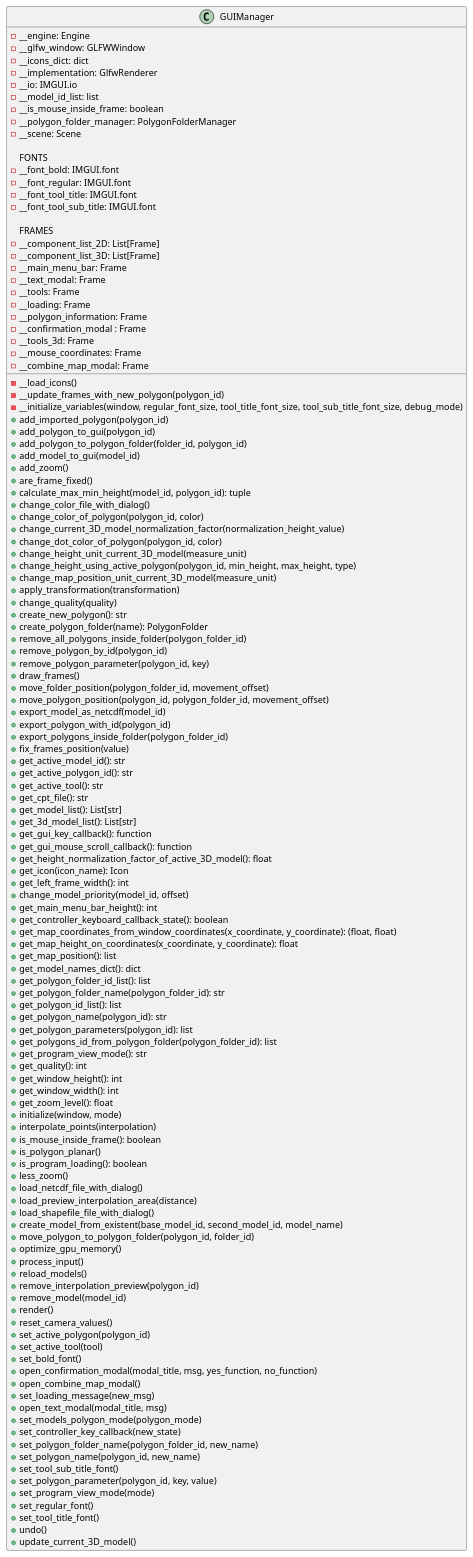
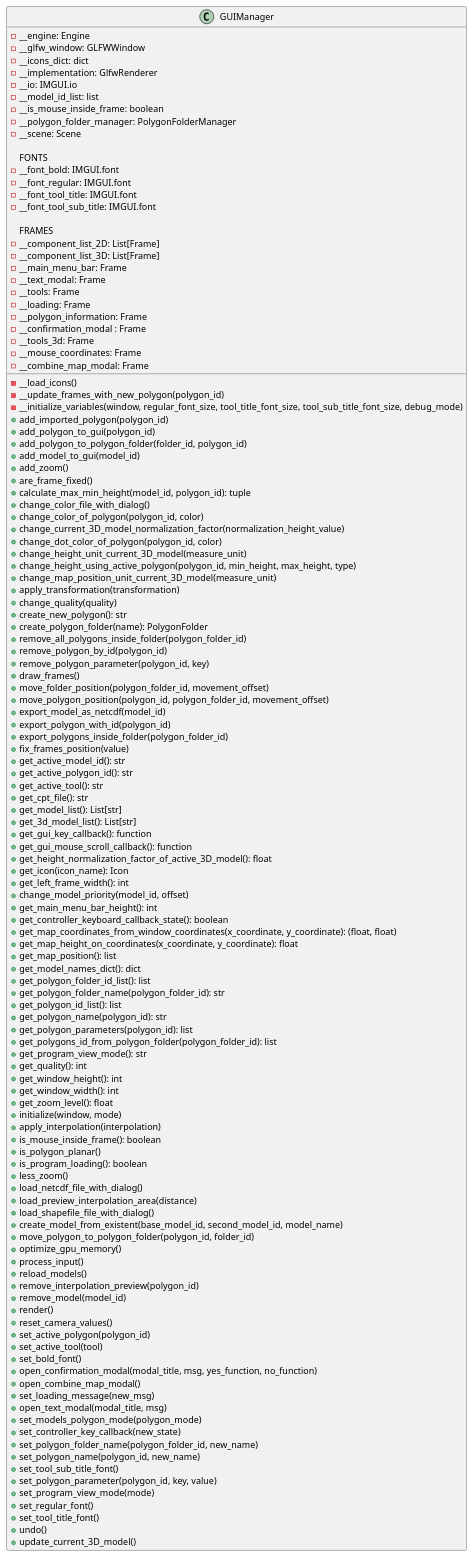
One commit to SergioAlvarezM/Proyecto_de_Memoria changed the diagram in docs/classes/GUIManager.puml. Above: the diagram before and after it, drawn with PlantUML. The commit also changed 7 other files, not shown here.

Commit message:
Refactor interpolate_points method to apply_interpolation.

```diff
--- a/docs/classes/GUIManager.puml
+++ b/docs/classes/GUIManager.puml
@@ -1,130 +1,130 @@
 @startuml
 'https://plantuml.com/class-diagram
 class GUIManager{
     - __engine: Engine
     - __glfw_window: GLFWWindow
     - __icons_dict: dict
     - __implementation: GlfwRenderer
     - __io: IMGUI.io
     - __model_id_list: list
     - __is_mouse_inside_frame: boolean
     - __polygon_folder_manager: PolygonFolderManager
     - __scene: Scene
 
     FONTS
     - __font_bold: IMGUI.font
     - __font_regular: IMGUI.font
     - __font_tool_title: IMGUI.font
     - __font_tool_sub_title: IMGUI.font
 
     FRAMES
     - __component_list_2D: List[Frame]
     - __component_list_3D: List[Frame]
     - __main_menu_bar: Frame
     - __text_modal: Frame
     - __tools: Frame
     - __loading: Frame
     - __polygon_information: Frame
     - __confirmation_modal : Frame
     - __tools_3d: Frame
     - __mouse_coordinates: Frame
     - __combine_map_modal: Frame
 
     - __load_icons()
     - __update_frames_with_new_polygon(polygon_id)
     - __initialize_variables(window, regular_font_size, tool_title_font_size, tool_sub_title_font_size, debug_mode)
     + add_imported_polygon(polygon_id)
     + add_polygon_to_gui(polygon_id)
     + add_polygon_to_polygon_folder(folder_id, polygon_id)
     + add_model_to_gui(model_id)
     + add_zoom()
     + are_frame_fixed()
     + calculate_max_min_height(model_id, polygon_id): tuple
     + change_color_file_with_dialog()
     + change_color_of_polygon(polygon_id, color)
     + change_current_3D_model_normalization_factor(normalization_height_value)
     + change_dot_color_of_polygon(polygon_id, color)
     + change_height_unit_current_3D_model(measure_unit)
     + change_height_using_active_polygon(polygon_id, min_height, max_height, type)
     + change_map_position_unit_current_3D_model(measure_unit)
     + apply_transformation(transformation)
     + change_quality(quality)
     + create_new_polygon(): str
     + create_polygon_folder(name): PolygonFolder
     + remove_all_polygons_inside_folder(polygon_folder_id)
     + remove_polygon_by_id(polygon_id)
     + remove_polygon_parameter(polygon_id, key)
     + draw_frames()
     + move_folder_position(polygon_folder_id, movement_offset)
     + move_polygon_position(polygon_id, polygon_folder_id, movement_offset)
     + export_model_as_netcdf(model_id)
     + export_polygon_with_id(polygon_id)
     + export_polygons_inside_folder(polygon_folder_id)
     + fix_frames_position(value)
     + get_active_model_id(): str
     + get_active_polygon_id(): str
     + get_active_tool(): str
     + get_cpt_file(): str
     + get_model_list(): List[str]
     + get_3d_model_list(): List[str]
     + get_gui_key_callback(): function
     + get_gui_mouse_scroll_callback(): function
     + get_height_normalization_factor_of_active_3D_model(): float
     + get_icon(icon_name): Icon
     + get_left_frame_width(): int
     + change_model_priority(model_id, offset)
     + get_main_menu_bar_height(): int
     + get_controller_keyboard_callback_state(): boolean
     + get_map_coordinates_from_window_coordinates(x_coordinate, y_coordinate): (float, float)
     + get_map_height_on_coordinates(x_coordinate, y_coordinate): float
     + get_map_position(): list
     + get_model_names_dict(): dict
     + get_polygon_folder_id_list(): list
     + get_polygon_folder_name(polygon_folder_id): str
     + get_polygon_id_list(): list
     + get_polygon_name(polygon_id): str
     + get_polygon_parameters(polygon_id): list
     + get_polygons_id_from_polygon_folder(polygon_folder_id): list
     + get_program_view_mode(): str
     + get_quality(): int
     + get_window_height(): int
     + get_window_width(): int
     + get_zoom_level(): float
     + initialize(window, mode)
-    + interpolate_points(interpolation)
+    + apply_interpolation(interpolation)
     + is_mouse_inside_frame(): boolean
     + is_polygon_planar()
     + is_program_loading(): boolean
     + less_zoom()
     + load_netcdf_file_with_dialog()
     + load_preview_interpolation_area(distance)
     + load_shapefile_file_with_dialog()
     + create_model_from_existent(base_model_id, second_model_id, model_name)
     + move_polygon_to_polygon_folder(polygon_id, folder_id)
     + optimize_gpu_memory()
     + process_input()
     + reload_models()
     + remove_interpolation_preview(polygon_id)
     + remove_model(model_id)
     + render()
     + reset_camera_values()
     + set_active_polygon(polygon_id)
     + set_active_tool(tool)
     + set_bold_font()
     + open_confirmation_modal(modal_title, msg, yes_function, no_function)
     + open_combine_map_modal()
     + set_loading_message(new_msg)
     + open_text_modal(modal_title, msg)
     + set_models_polygon_mode(polygon_mode)
     + set_controller_key_callback(new_state)
     + set_polygon_folder_name(polygon_folder_id, new_name)
     + set_polygon_name(polygon_id, new_name)
     + set_tool_sub_title_font()
     + set_polygon_parameter(polygon_id, key, value)
     + set_program_view_mode(mode)
     + set_regular_font()
     + set_tool_title_font()
     + undo()
     + update_current_3D_model()
 }
 @enduml
```
